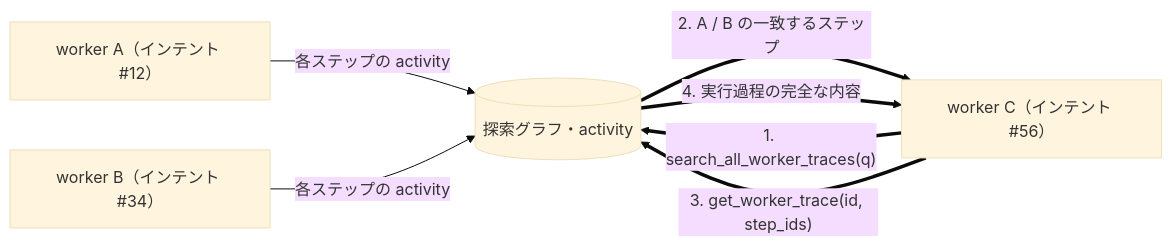
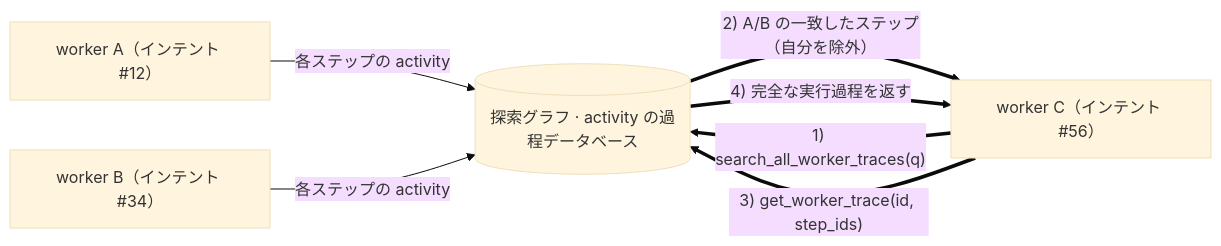
The fourth of 5 diagrams in README.md (hara-kazu/ARTEX-Japanese), drawn with Mermaid (base theme) before and after one commit. The commit also changed other lines of this file and 85 other files, not shown here.

````diff
--- a/README.md
+++ b/README.md
@@ -495,9 +431,9 @@
 ```mermaid
 flowchart LR
-  WA["worker A（インテント #12）"] -->|"各ステップの activity"| ACT[("探索グラフ・activity")]
+  WA["worker A（インテント #12）"] -->|"各ステップの activity"| ACT[("探索グラフ · activity の過程データベース")]
   WB["worker B（インテント #34）"] -->|"各ステップの activity"| ACT
-  WC["worker C（インテント #56）"] ==>|"1. search_all_worker_traces(q)"| ACT
-  ACT ==>|"2. A / B の一致するステップ"| WC
-  WC ==>|"3. get_worker_trace(id, step_ids)"| ACT
-  ACT ==>|"4. 実行過程の完全な内容"| WC
+  WC["worker C（インテント #56）"] ==>|"1) search_all_worker_traces(q)"| ACT
+  ACT ==>|"2) A/B の一致したステップ（自分を除外）"| WC
+  WC ==>|"3) get_worker_trace(id, step_ids)"| ACT
+  ACT ==>|"4) 完全な実行過程を返す"| WC
 ```
````
